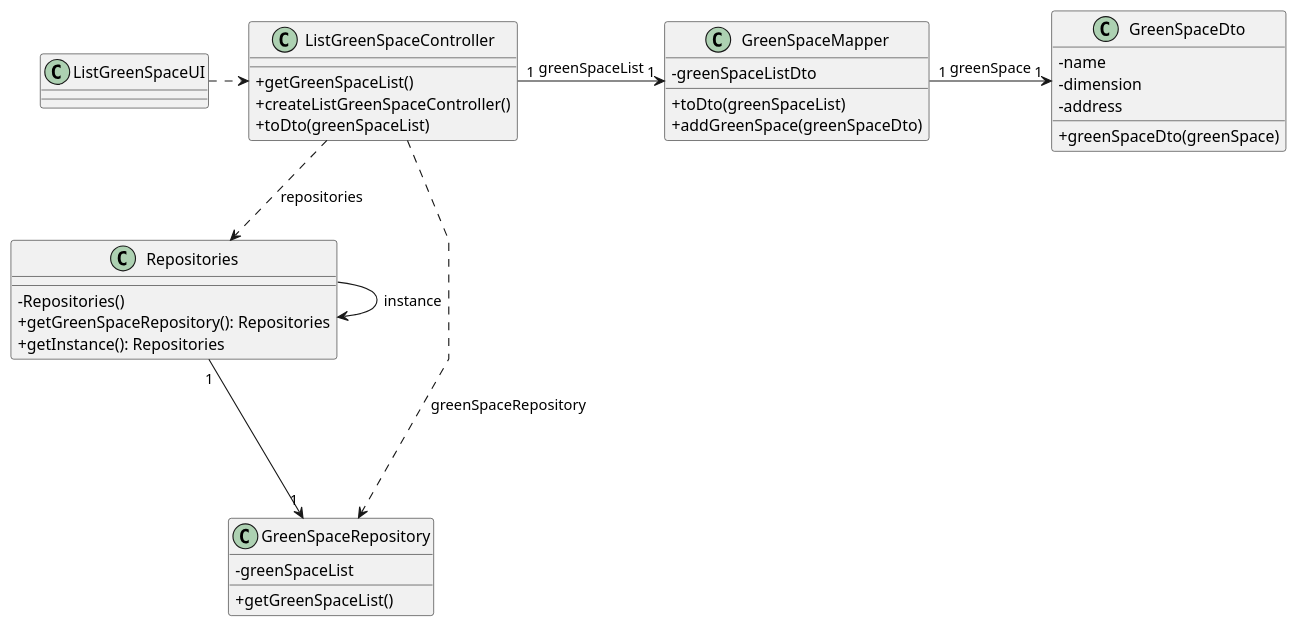
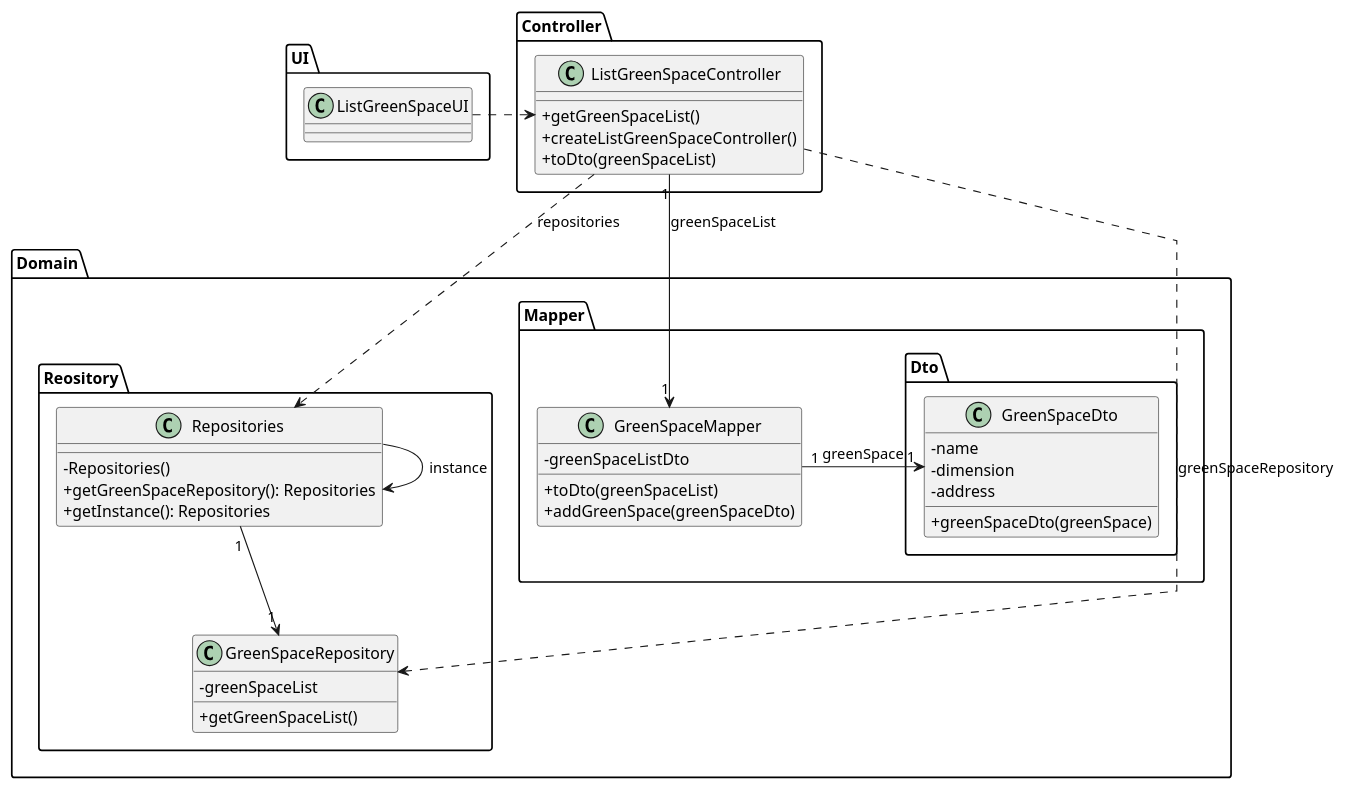
Before and after one commit to diogoveirospro/lei-24-s2-1dg-g072: the diagram in docs/sprintC/us027/03.design/puml/us027-class-diagram.puml, drawn with PlantUML. The commit also changed 16 other files, not shown here.

```diff
--- a/docs/sprintC/us027/03.design/puml/us027-class-diagram.puml
+++ b/docs/sprintC/us027/03.design/puml/us027-class-diagram.puml
@@ -1,50 +1,61 @@
 @startuml
 'skinparam monochrome true
-skinparam packageStyle rectangle
+skinparam packageStyle Folder
 skinparam shadowing false
 skinparam linetype polyline
 'skinparam linetype orto
 
 skinparam classAttributeIconSize 0
 
 'left to right direction
 
+package UI{
 class ListGreenSpaceUI{
 
 }
+}
+package Controller{
+class ListGreenSpaceController{
+    + getGreenSpaceList()
+    + createListGreenSpaceController()
+    + toDto(greenSpaceList)
+}
+}
+package Domain{
+package Mapper{
 class GreenSpaceMapper{
     - greenSpaceListDto
     + toDto(greenSpaceList)
     + addGreenSpace(greenSpaceDto)
 }
+package Dto{
 class GreenSpaceDto{
     - name
     - dimension
     - address
     + greenSpaceDto(greenSpace)
 }
-class ListGreenSpaceController{
-    + getGreenSpaceList()
-    + createListGreenSpaceController()
-    + toDto(greenSpaceList)
 }
+}
+package Domain.Reository{
 class GreenSpaceRepository{
     - greenSpaceList
     + getGreenSpaceList()
 }
 
 
 class Repositories{
  - Repositories()
  + getGreenSpaceRepository(): Repositories
  + getInstance(): Repositories
 }
-
+}
+}
 ListGreenSpaceUI .> ListGreenSpaceController
 ListGreenSpaceController ..> Repositories : repositories
 Repositories -> Repositories : instance
-ListGreenSpaceController .> GreenSpaceRepository: greenSpaceRepository
-Repositories "1" ---> "1" GreenSpaceRepository
+ListGreenSpaceController ..> GreenSpaceRepository: greenSpaceRepository
+Repositories "1" --> "1" GreenSpaceRepository
 ListGreenSpaceController "1" -> "1" GreenSpaceMapper: greenSpaceList
 GreenSpaceMapper "1" -> "1" GreenSpaceDto: greenSpace
 @enduml
```
